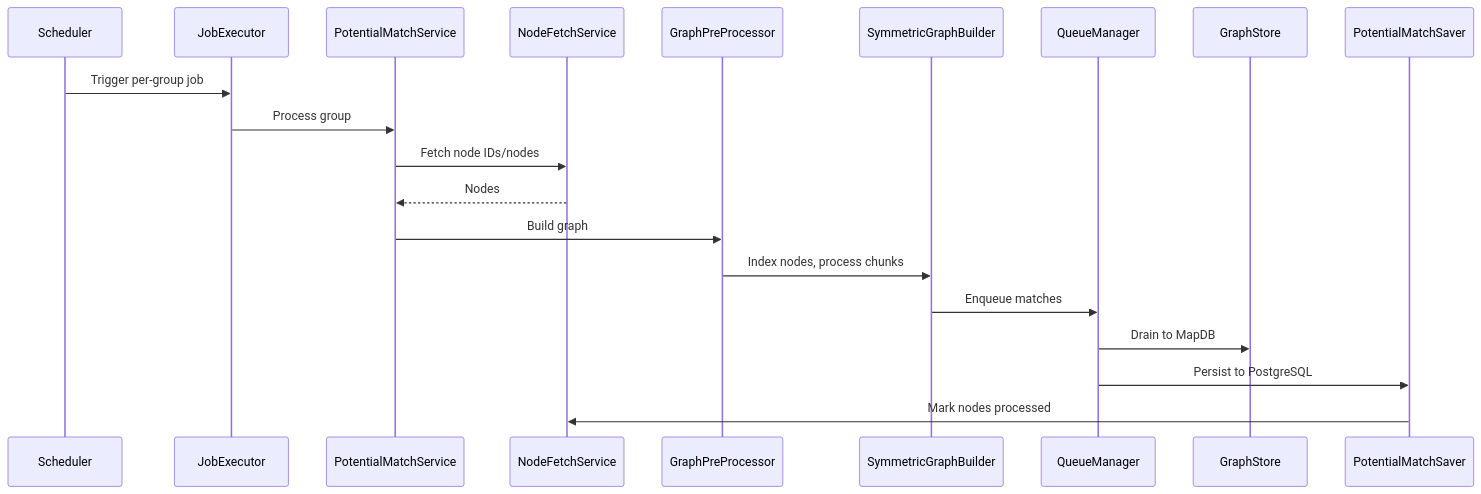
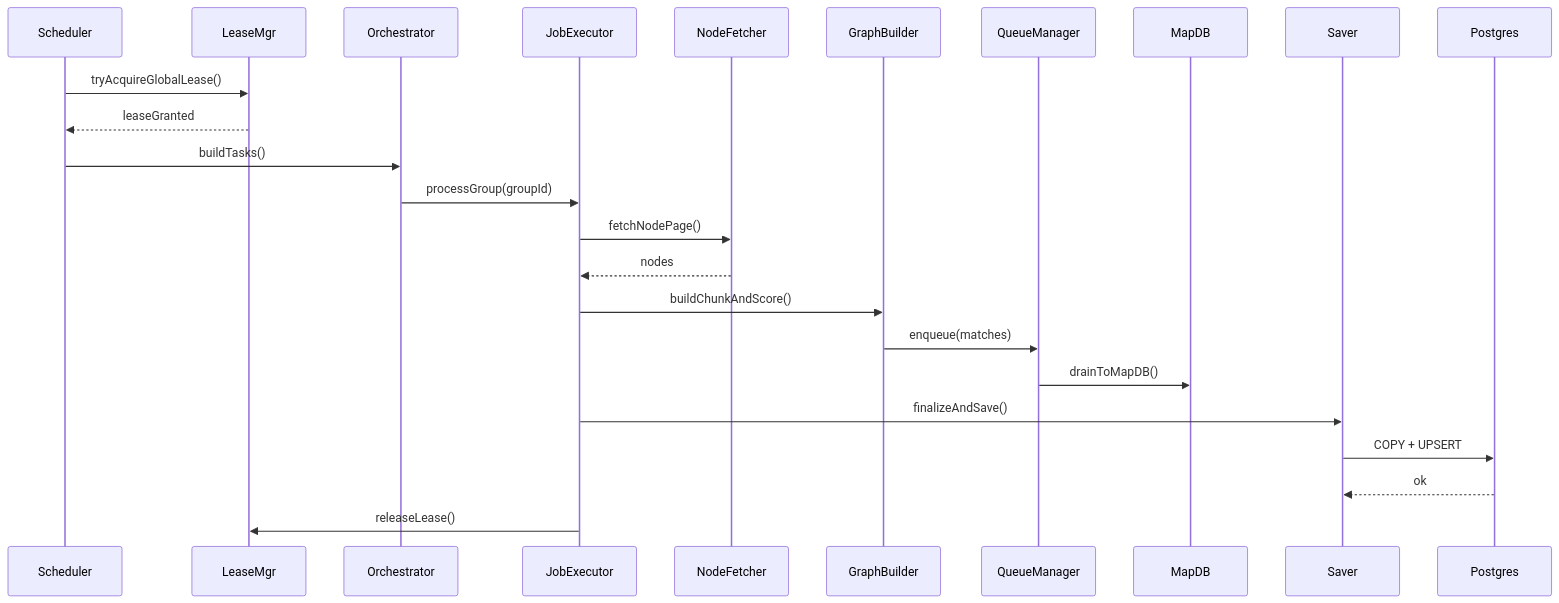
One commit to kagit00/schedule_x changed the first of 2 diagrams in docs/High Level Designs/ScheduledPotentialMatchesCreation.md. Above: the diagram before and after it, drawn with Mermaid. The commit also changed other lines of this file, not shown here.

````diff
--- a/docs/High Level Designs/ScheduledPotentialMatchesCreation.md
+++ b/docs/High Level Designs/ScheduledPotentialMatchesCreation.md
@@ -516,23 +335,27 @@
 ```mermaid
 sequenceDiagram
-    participant Scheduler
-    participant JobExecutor
-    participant PotentialMatchService
-    participant NodeFetchService
-    participant GraphPreProcessor
-    participant SymmetricGraphBuilder
-    participant QueueManager
-    participant GraphStore
-    participant PotentialMatchSaver
+  participant Scheduler
+  participant LeaseMgr
+  participant Orchestrator
+  participant JobExecutor
+  participant NodeFetcher
+  participant GraphBuilder
+  participant QueueManager
+  participant MapDB
+  participant Saver
+  participant Postgres
 
-    Scheduler->>JobExecutor: Trigger per-group job
-    JobExecutor->>PotentialMatchService: Process group
-    PotentialMatchService->>NodeFetchService: Fetch node IDs/nodes
-    NodeFetchService-->>PotentialMatchService: Nodes
-    PotentialMatchService->>GraphPreProcessor: Build graph
-    GraphPreProcessor->>SymmetricGraphBuilder: Index nodes, process chunks
-    SymmetricGraphBuilder->>QueueManager: Enqueue matches
-    QueueManager->>GraphStore: Drain to MapDB
-    QueueManager->>PotentialMatchSaver: Persist to PostgreSQL
-    PotentialMatchSaver->>NodeFetchService: Mark nodes processed
+  Scheduler->>LeaseMgr: tryAcquireGlobalLease()
+  LeaseMgr-->>Scheduler: leaseGranted
+  Scheduler->>Orchestrator: buildTasks()
+  Orchestrator->>JobExecutor: processGroup(groupId)
+  JobExecutor->>NodeFetcher: fetchNodePage()
+  NodeFetcher-->>JobExecutor: nodes
+  JobExecutor->>GraphBuilder: buildChunkAndScore()
+  GraphBuilder->>QueueManager: enqueue(matches)
+  QueueManager->>MapDB: drainToMapDB()
+  JobExecutor->>Saver: finalizeAndSave()
+  Saver->>Postgres: COPY + UPSERT
+  Postgres-->>Saver: ok
+  JobExecutor->>LeaseMgr: releaseLease()
 ```
````
